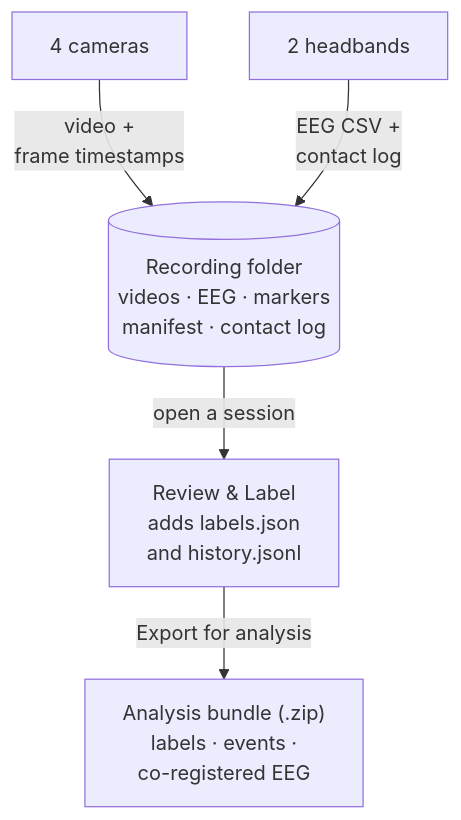
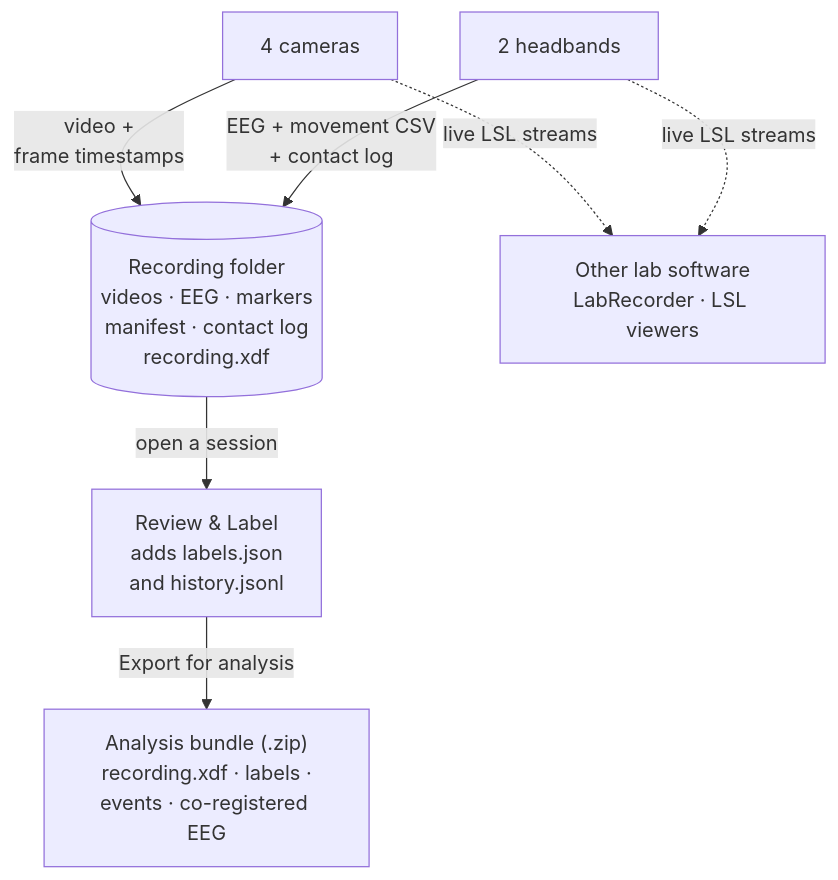
The diagram in docs/diagrams/data-flow.mmd (mohammadabdullahkhurram/Brain-Battle-Phase-3), drawn with Mermaid before and after one commit. The commit also changed 71 other files, not shown here.

First line of the commit message:
Docs, ADRs and polish for the LSL / XDF / EEG-viewer work; bump to 3.1.0-dev

```diff
--- a/docs/diagrams/data-flow.mmd
+++ b/docs/diagrams/data-flow.mmd
@@ -1,7 +1,9 @@
 %%{init: {'themeVariables': {'fontSize': '16px'}}}%%
 flowchart TB
     CAMS["4 cameras"] -->|"video +<br/>frame timestamps"| FOLDER
-    BANDS["2 headbands"] -->|"EEG CSV +<br/>contact log"| FOLDER
-    FOLDER[("Recording folder<br/>videos · EEG · markers<br/>manifest · contact log")]
+    BANDS["2 headbands"] -->|"EEG + movement CSV<br/>+ contact log"| FOLDER
+    CAMS -.->|"live LSL streams"| LSL["Other lab software<br/>LabRecorder · LSL viewers"]
+    BANDS -.->|"live LSL streams"| LSL
+    FOLDER[("Recording folder<br/>videos · EEG · markers<br/>manifest · contact log<br/>recording.xdf")]
     FOLDER -->|"open a session"| REVIEW["Review &amp; Label<br/>adds labels.json<br/>and history.jsonl"]
-    REVIEW -->|"Export for analysis"| ZIP["Analysis bundle (.zip)<br/>labels · events ·<br/>co-registered EEG"]
+    REVIEW -->|"Export for analysis"| ZIP["Analysis bundle (.zip)<br/>recording.xdf · labels ·<br/>events · co-registered EEG"]
```
